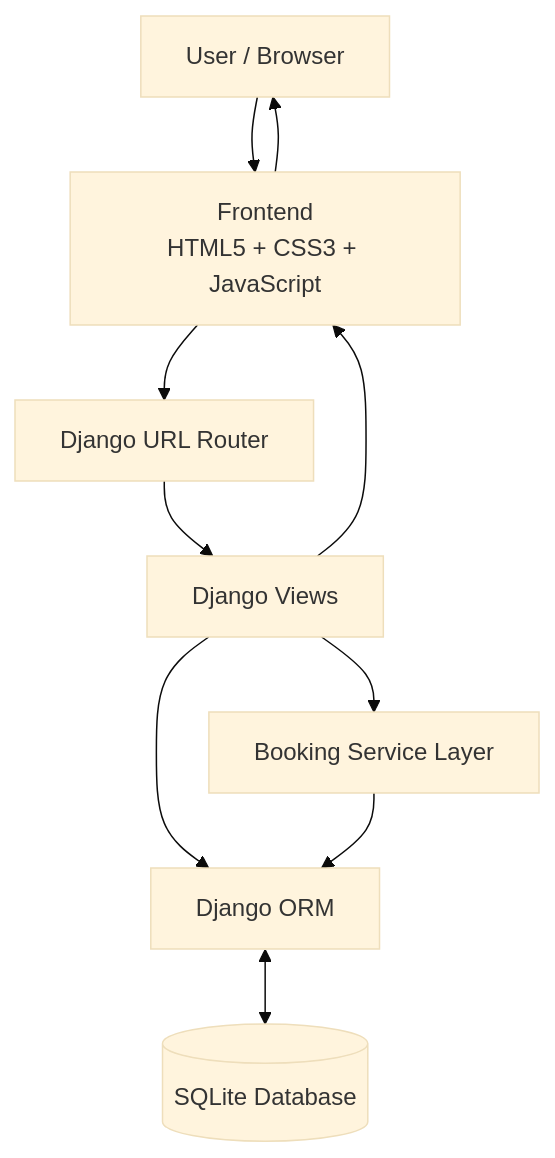
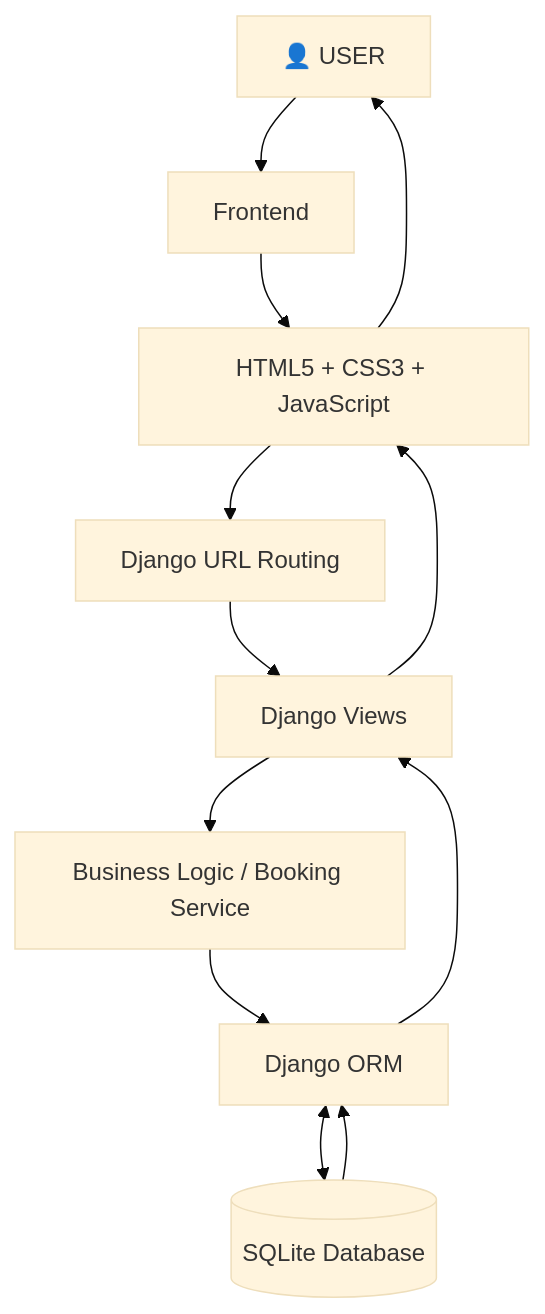
The first of 4 diagrams in README.md (venkatpranav12/TICKET-BOOKING-WEBSITE-), drawn with Mermaid (base theme) before and after one commit. The commit also changed other lines of this file, not shown here.

````diff
--- a/README.md
+++ b/README.md
@@ -91,20 +140,14 @@
 ```mermaid
 flowchart TD
-    U[User / Browser]
-    FE[Frontend<br/>HTML5 + CSS3 + JavaScript]
-    URL[Django URL Router]
-    V[Django Views]
-    S[Booking Service Layer]
-    ORM[Django ORM]
-    DB[(SQLite Database)]
-
-    U --> FE
-    FE --> URL
-    URL --> V
-    V --> S
-    V --> ORM
-    S --> ORM
-    ORM <--> DB
-    V --> FE
-    FE --> U
+    A["👤 USER"] --> B["Frontend"]
+    B --> C["HTML5 + CSS3 + JavaScript"]
+    C --> D["Django URL Routing"]
+    D --> E["Django Views"]
+    E --> F["Business Logic / Booking Service"]
+    F --> G["Django ORM"]
+    G <--> H[("SQLite Database")]
+    H --> G
+    G --> E
+    E --> C
+    C --> A
 ```
````
